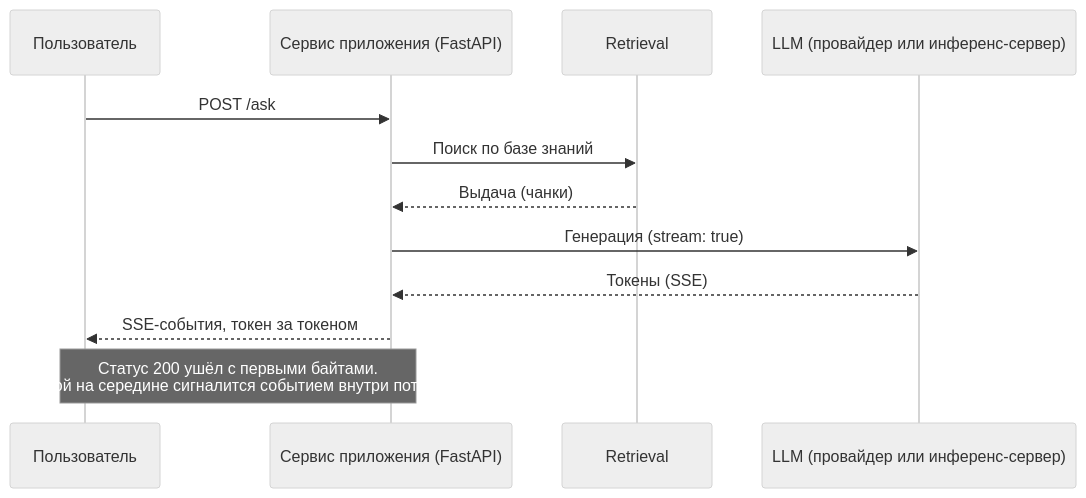
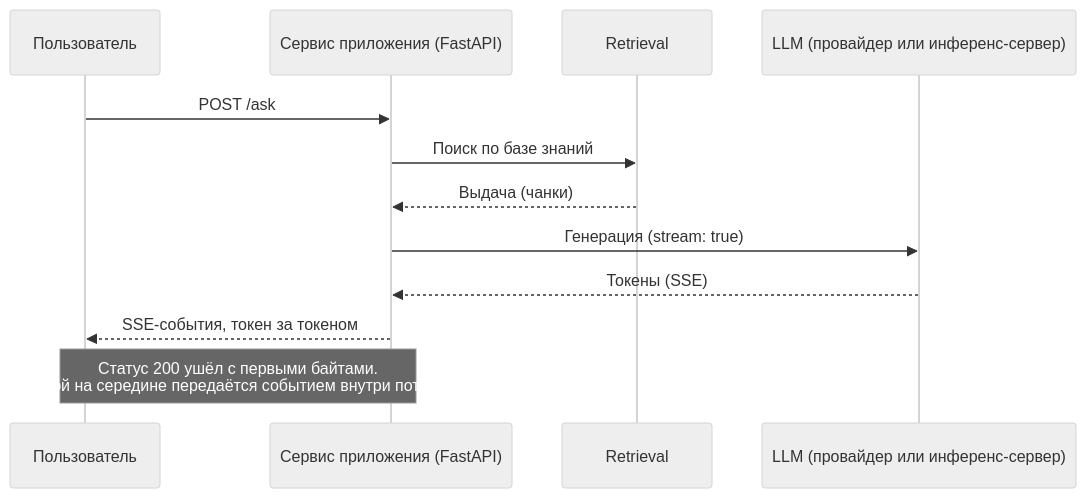
Before and after one commit to NikolaiSachok/enterprise-rag-agents-handbook: the first of 2 diagrams in docs/part-3-production/serving.md, drawn with Mermaid (neutral theme). The commit also changed other lines of this file and 6 other files, not shown here.

````diff
--- a/docs/part-3-production/serving.md
+++ b/docs/part-3-production/serving.md
@@ -77,14 +78,14 @@
 ```mermaid
 sequenceDiagram
     participant U as Пользователь
     participant A as Сервис приложения (FastAPI)
     participant R as Retrieval
     participant M as LLM (провайдер или инференс-сервер)
     U->>A: POST /ask
     A->>R: Поиск по базе знаний
     R-->>A: Выдача (чанки)
     A->>M: Генерация (stream: true)
     M-->>A: Токены (SSE)
     A-->>U: SSE-события, токен за токеном
-    Note over U,A: Статус 200 ушёл с первыми байтами.<br/>Сбой на середине сигналится событием внутри потока
+    Note over U,A: Статус 200 ушёл с первыми байтами.<br/>Сбой на середине передаётся событием внутри потока
 ```
````
